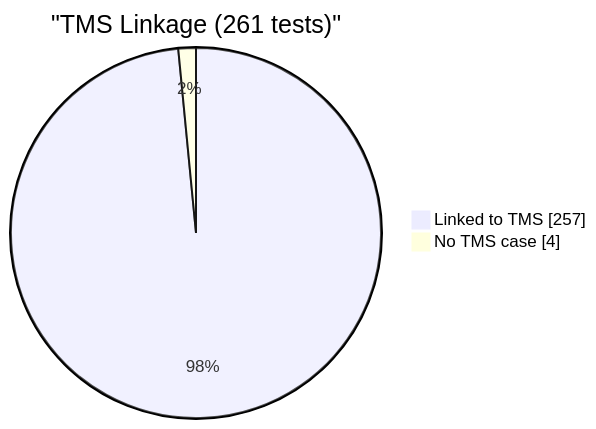
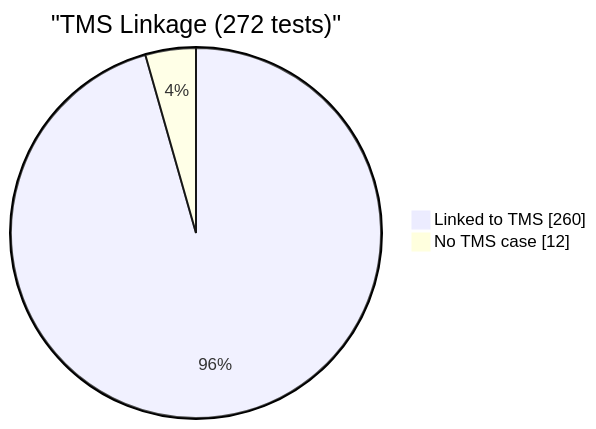
Before and after one commit to EliteaAI/onetest-ai-tm-Elitea: the fourth of 6 diagrams in reports/dashboard.md, drawn with Mermaid. The commit also changed other lines of this file and 1 other file, not shown here.

````diff
--- a/reports/dashboard.md
+++ b/reports/dashboard.md
@@ -77,6 +76,6 @@
 ```mermaid
 pie showData
-    title "TMS Linkage (261 tests)"
-    "Linked to TMS" : 257
-    "No TMS case" : 4
+    title "TMS Linkage (272 tests)"
+    "Linked to TMS" : 260
+    "No TMS case" : 12
 ```
````
